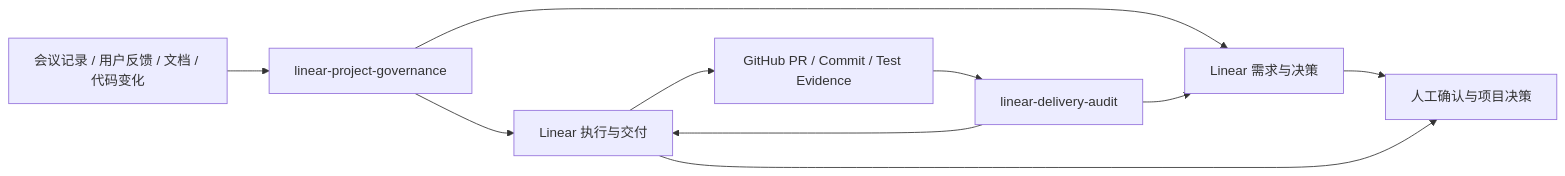
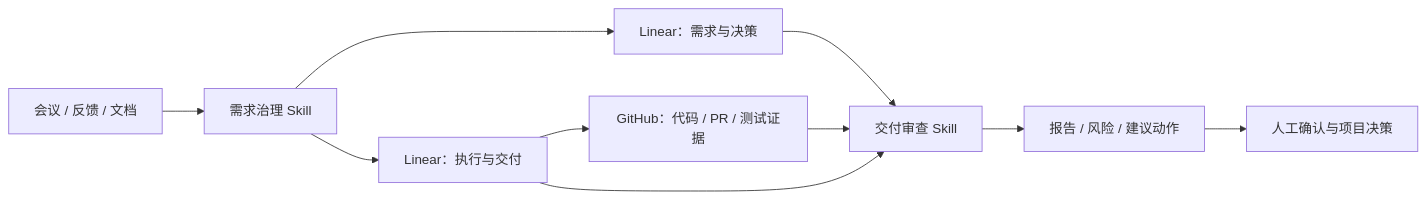
One commit to TAI-YE-1/linear-gpt-pm changed the diagram in README.md. Above: the diagram before and after it, drawn with Mermaid. The commit also changed other lines of this file, not shown here.

Commit message:
docs: complete public project homepage

````diff
--- a/README.md
+++ b/README.md
@@ -36,13 +41,12 @@
 ```mermaid
 flowchart LR
-    A[会议记录 / 用户反馈 / 文档 / 代码变化]
-    A --> B[linear-project-governance]
-    B --> C[Linear 需求与决策]
-    B --> D[Linear 执行与交付]
-    D --> E[GitHub PR / Commit / Test Evidence]
-    E --> F[linear-delivery-audit]
-    F --> C
-    F --> D
-    C --> G[人工确认与项目决策]
-    D --> G
+    A[会议 / 反馈 / 文档] --> B[需求治理 Skill]
+    B --> C[Linear：需求与决策]
+    B --> D[Linear：执行与交付]
+    D --> E[GitHub：代码 / PR / 测试证据]
+    E --> F[交付审查 Skill]
+    C --> F
+    D --> F
+    F --> G[报告 / 风险 / 建议动作]
+    G --> H[人工确认与项目决策]
 ```
````
